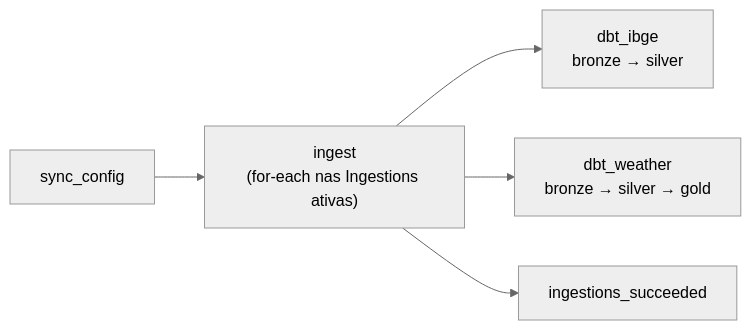
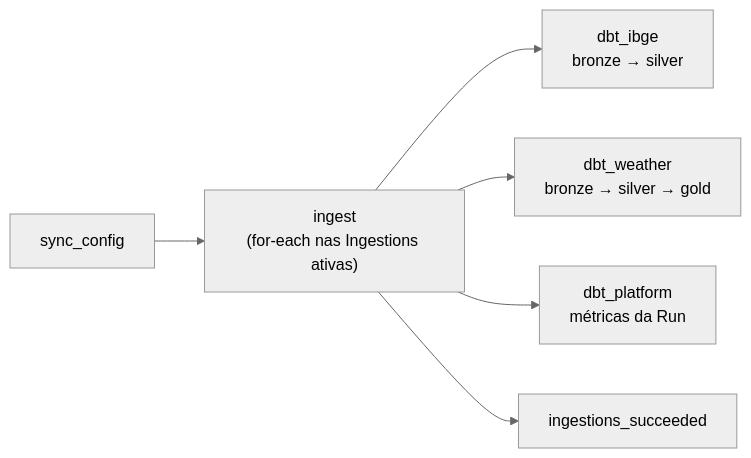
One commit to Welbert-Soares/medallion-platform changed the second of 3 diagrams in README.md. Above: the diagram before and after it, drawn with Mermaid (neutral theme). The commit also changed other lines of this file and 4 other files, not shown here.

````diff
--- a/README.md
+++ b/README.md
@@ -88,7 +91,8 @@
 ```mermaid
 flowchart LR
     sync[sync_config] --> ingest["ingest<br/>(for-each nas Ingestions ativas)"]
     ingest --> di["dbt_ibge<br/>bronze → silver"]
     ingest --> dw["dbt_weather<br/>bronze → silver → gold"]
+    ingest --> dp["dbt_platform<br/>métricas da Run"]
     ingest --> ok[ingestions_succeeded]
 ```
````
